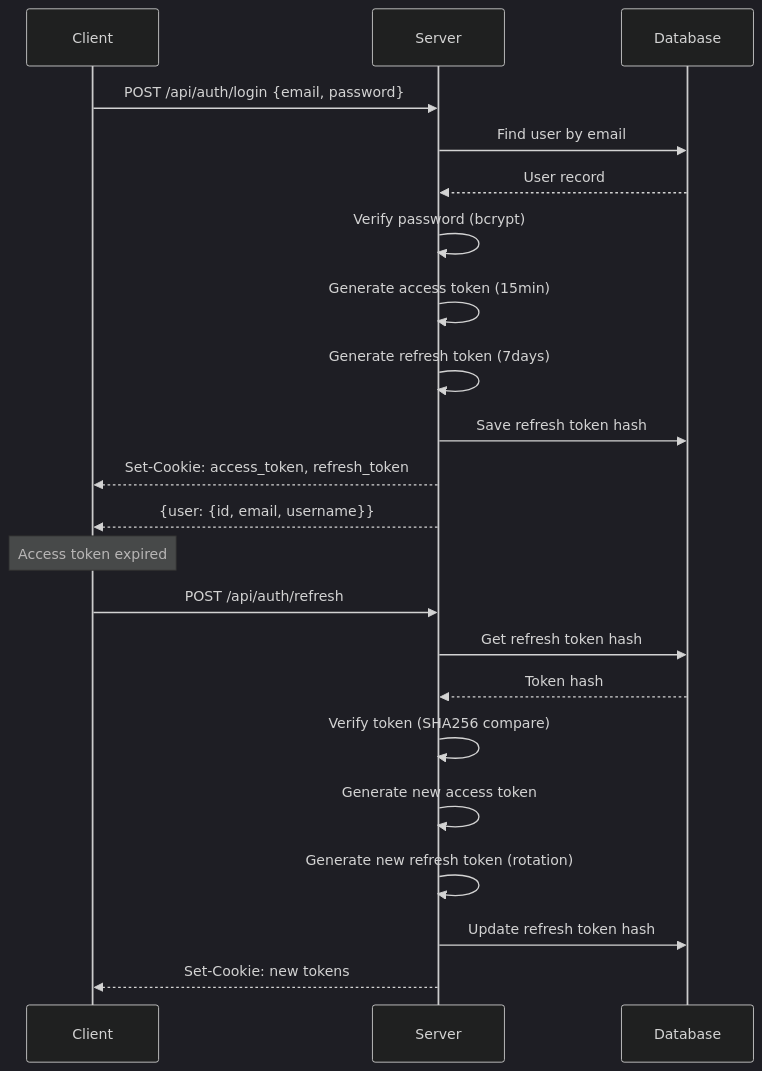
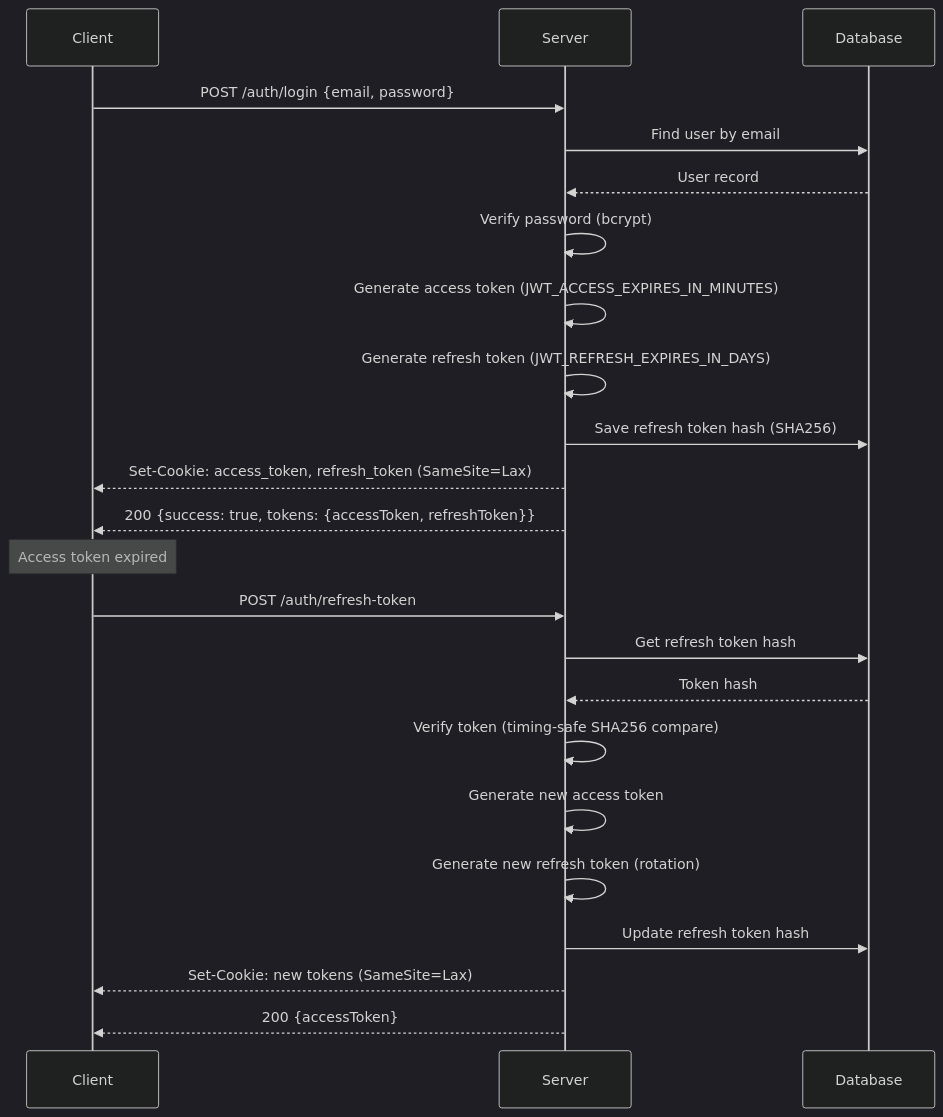
Before and after one commit to YuriFA/zvonOK: the diagram in docs/architecture/sequence-auth.md, drawn with Mermaid (dark theme). The commit also changed other lines of this file and 13 other files, not shown here.

````diff
--- a/docs/architecture/sequence-auth.md
+++ b/docs/architecture/sequence-auth.md
@@ -5,27 +5,28 @@
 ```mermaid
 sequenceDiagram
     participant C as Client
     participant S as Server
     participant D as Database
 
-    C->>S: POST /api/auth/login {email, password}
+    C->>S: POST /auth/login {email, password}
     S->>D: Find user by email
     D-->>S: User record
     S->>S: Verify password (bcrypt)
-    S->>S: Generate access token (15min)
-    S->>S: Generate refresh token (7days)
-    S->>D: Save refresh token hash
-    S-->>C: Set-Cookie: access_token, refresh_token
-    S-->>C: {user: {id, email, username}}
+    S->>S: Generate access token (JWT_ACCESS_EXPIRES_IN_MINUTES)
+    S->>S: Generate refresh token (JWT_REFRESH_EXPIRES_IN_DAYS)
+    S->>D: Save refresh token hash (SHA256)
+    S-->>C: Set-Cookie: access_token, refresh_token (SameSite=Lax)
+    S-->>C: 200 {success: true, tokens: {accessToken, refreshToken}}
 
     Note over C: Access token expired
 
-    C->>S: POST /api/auth/refresh
+    C->>S: POST /auth/refresh-token
     S->>D: Get refresh token hash
     D-->>S: Token hash
-    S->>S: Verify token (SHA256 compare)
+    S->>S: Verify token (timing-safe SHA256 compare)
     S->>S: Generate new access token
     S->>S: Generate new refresh token (rotation)
     S->>D: Update refresh token hash
-    S-->>C: Set-Cookie: new tokens
+    S-->>C: Set-Cookie: new tokens (SameSite=Lax)
+    S-->>C: 200 {accessToken}
 ```
````
